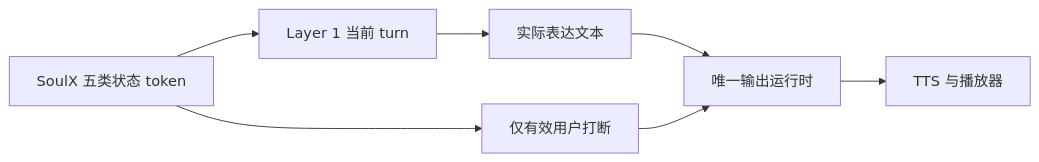
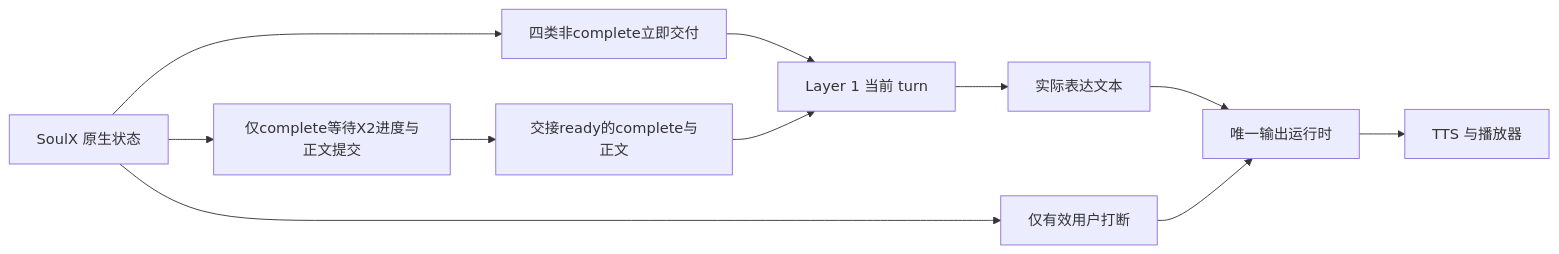
One commit to Vitalrubbish/InterClarify changed the diagram in docs/research_design/architecture.md. Above: the diagram before and after it, drawn with Mermaid. The commit also changed other lines of this file and 14 other files, not shown here.

````diff
--- a/docs/research_design/architecture.md
+++ b/docs/research_design/architecture.md
@@ -75,9 +75,13 @@
 ```mermaid
 flowchart LR
-    S[SoulX 五类状态 token] --> L[Layer 1 当前 turn]
+    S[SoulX 原生状态] --> N[四类非complete立即交付]
+    N --> L[Layer 1 当前 turn]
+    S --> C[仅complete等待X2进度与正文提交]
+    C --> E[交接ready的complete与正文]
+    E --> L
     L --> F[实际表达文本]
     F --> R[唯一输出运行时]
     R --> T[TTS 与播放器]
     S --> I[仅有效用户打断]
     I --> R
 ```
````
